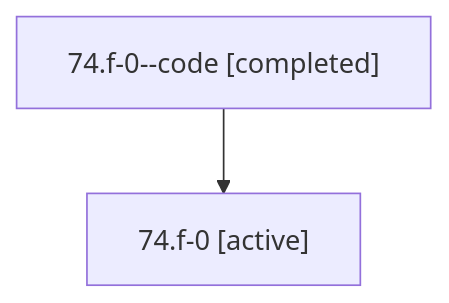
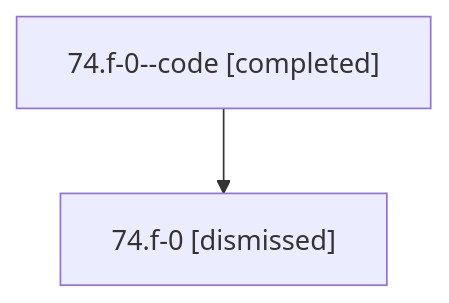
One commit to sase-org/sase--agents changed the diagram in sessions/bbugyi200.athena.74.f-0.md. Above: the diagram before and after it, drawn with Mermaid. The commit also changed other lines of this file and 34 other files, not shown here.

````diff
--- a/sessions/bbugyi200.athena.74.f-0.md
+++ b/sessions/bbugyi200.athena.74.f-0.md
@@ -9,6 +9,6 @@
 ```mermaid
 flowchart TD
   n0["74.f-0--code [completed]"]
-  n1["74.f-0 [active]"]
+  n1["74.f-0 [dismissed]"]
   n0 --> n1
 ```
````
